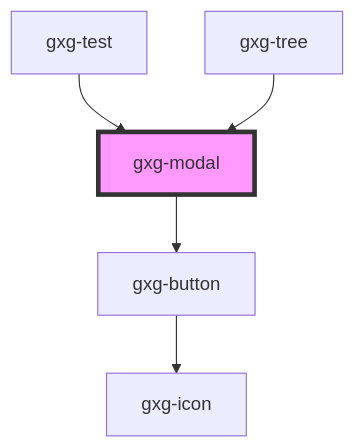
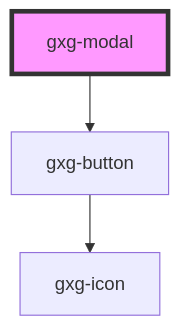
The diagram in src/components/modal/readme.md (genexuslabs/gemini), drawn with Mermaid before and after one commit. The commit also changed other lines of this file and 10 other files, not shown here.

````diff
--- a/src/components/modal/readme.md
+++ b/src/components/modal/readme.md
@@ -34,8 +29,6 @@
 ```mermaid
 graph TD;
   gxg-modal --> gxg-button
   gxg-button --> gxg-icon
-  gxg-test --> gxg-modal
-  gxg-tree --> gxg-modal
   style gxg-modal fill:#f9f,stroke:#333,stroke-width:4px
 ```
````
